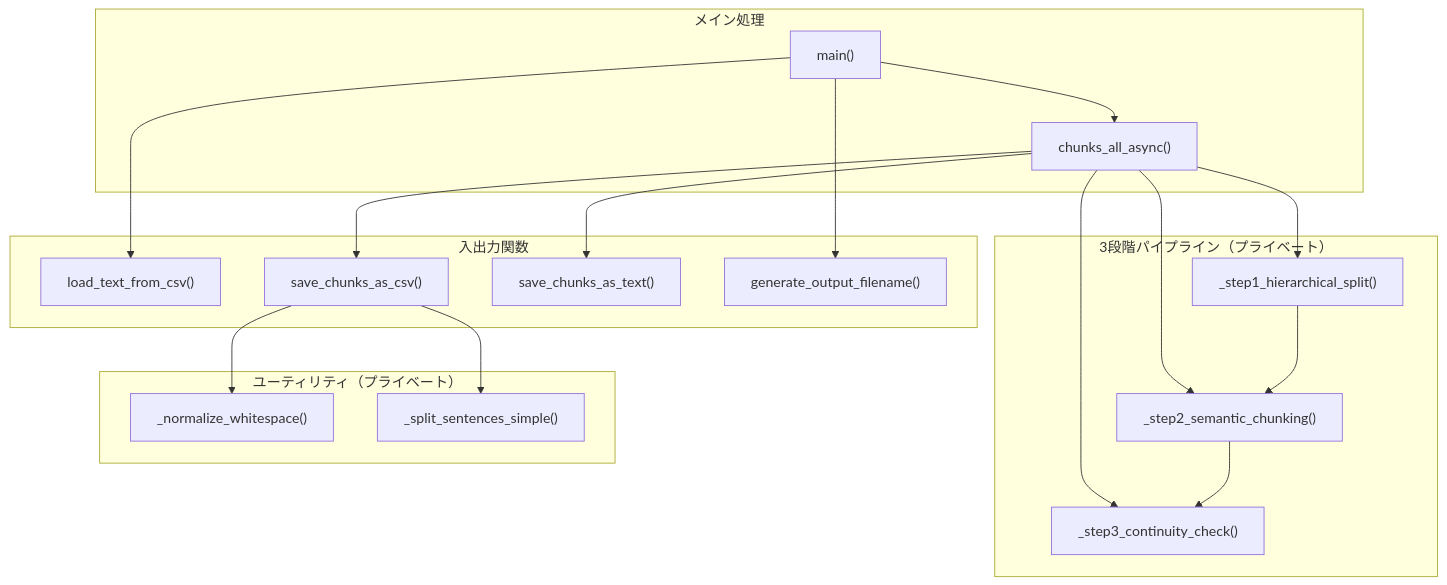
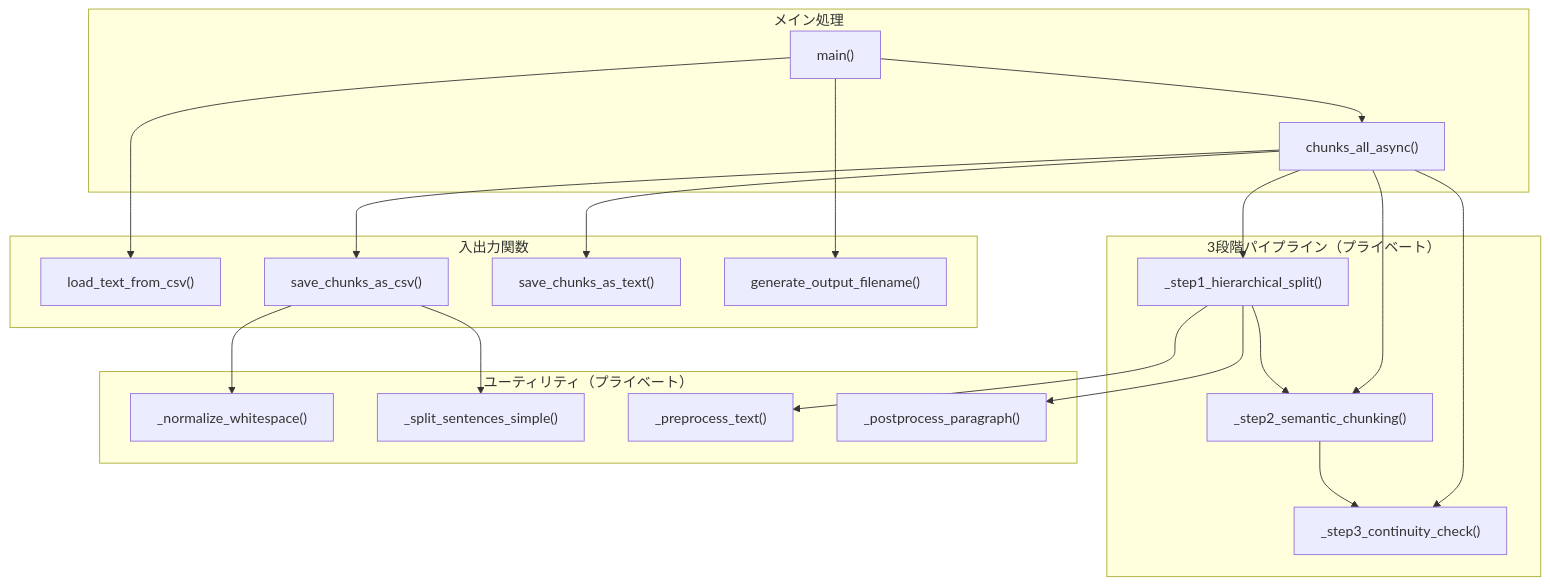
The fourth of 7 diagrams in chunking/doc/csv_text_to_chunks_text_csv.md (nakashima2toshio/gemini_grace_agent), drawn with Mermaid before and after one commit. The commit also changed other lines of this file and 4 other files, not shown here.

````diff
--- a/chunking/doc/csv_text_to_chunks_text_csv.md
+++ b/chunking/doc/csv_text_to_chunks_text_csv.md
@@ -199,41 +203,45 @@
 ```mermaid
 flowchart TB
     subgraph MAIN_FUNC["メイン処理"]
         CHUNKS_ALL["chunks_all_async()"]
         MAIN["main()"]
     end
 
     subgraph PIPELINE["3段階パイプライン（プライベート）"]
         STEP1["_step1_hierarchical_split()"]
         STEP2["_step2_semantic_chunking()"]
         STEP3["_step3_continuity_check()"]
     end
 
     subgraph IO_FUNC["入出力関数"]
         LOAD_CSV["load_text_from_csv()"]
         SAVE_CSV["save_chunks_as_csv()"]
         SAVE_TXT["save_chunks_as_text()"]
         GEN_NAME["generate_output_filename()"]
     end
 
     subgraph UTIL_FUNC["ユーティリティ（プライベート）"]
         NORM["_normalize_whitespace()"]
         SPLIT["_split_sentences_simple()"]
+        PREPROC["_preprocess_text()"]
+        POSTPROC["_postprocess_paragraph()"]
     end
 
     MAIN --> LOAD_CSV
     MAIN --> CHUNKS_ALL
     MAIN --> GEN_NAME
 
     CHUNKS_ALL --> STEP1
     CHUNKS_ALL --> STEP2
     CHUNKS_ALL --> STEP3
     CHUNKS_ALL --> SAVE_CSV
     CHUNKS_ALL --> SAVE_TXT
 
+    STEP1 --> PREPROC
+    STEP1 --> POSTPROC
     STEP1 --> STEP2
     STEP2 --> STEP3
 
     SAVE_CSV --> NORM
     SAVE_CSV --> SPLIT
 ```
````
